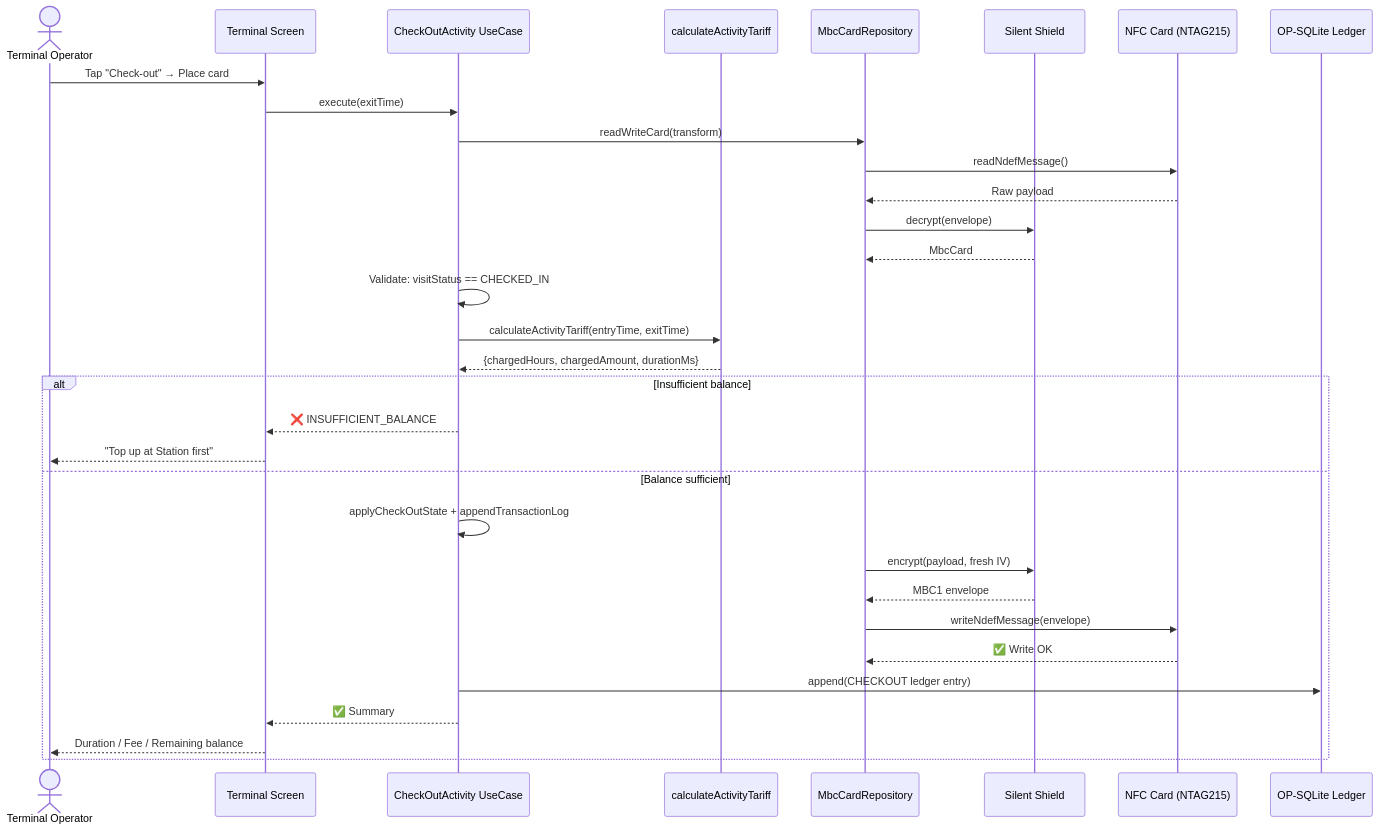
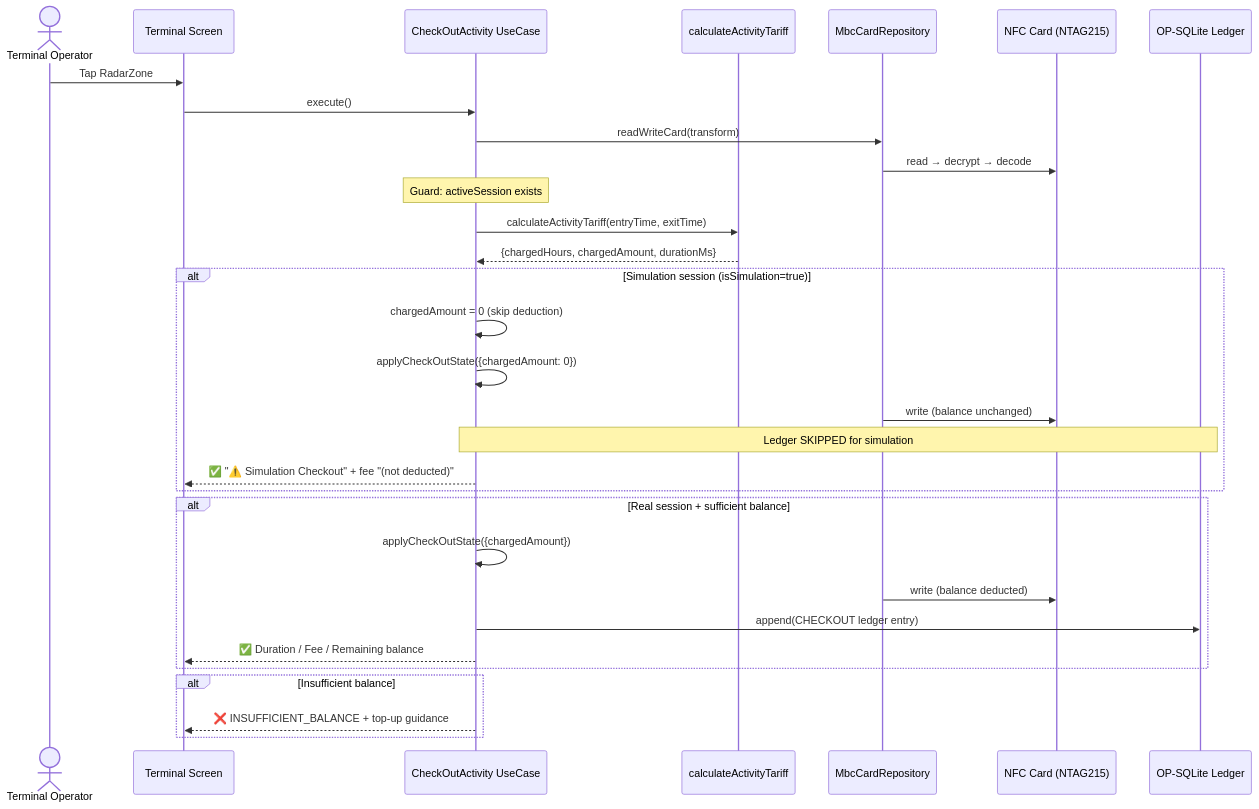
Before and after one commit to Schitzos/mbc-nfc: the sixth of 16 diagrams in docs/PRESENTATION.md, drawn with Mermaid. The commit also changed other lines of this file and 1 other file, not shown here.

````diff
--- a/docs/PRESENTATION.md
+++ b/docs/PRESENTATION.md
@@ -241,35 +284,34 @@
 ```mermaid
 sequenceDiagram
     actor Op as Terminal Operator
     participant UI as Terminal Screen
     participant UC as CheckOutActivity UseCase
     participant Tariff as calculateActivityTariff
     participant Repo as MbcCardRepository
-    participant Shield as Silent Shield
     participant Card as NFC Card (NTAG215)
     participant DB as OP-SQLite Ledger
 
-    Op->>UI: Tap "Check-out" → Place card
-    UI->>UC: execute(exitTime)
+    Op->>UI: Tap RadarZone
+    UI->>UC: execute()
     UC->>Repo: readWriteCard(transform)
-    Repo->>Card: readNdefMessage()
-    Card-->>Repo: Raw payload
-    Repo->>Shield: decrypt(envelope)
-    Shield-->>Repo: MbcCard
-    UC->>UC: Validate: visitStatus == CHECKED_IN
+    Repo->>Card: read → decrypt → decode
+    Note over UC: Guard: activeSession exists
     UC->>Tariff: calculateActivityTariff(entryTime, exitTime)
     Tariff-->>UC: {chargedHours, chargedAmount, durationMs}
+    alt Simulation session (isSimulation=true)
+        UC->>UC: chargedAmount = 0 (skip deduction)
+        UC->>UC: applyCheckOutState({chargedAmount: 0})
+        Repo->>Card: write (balance unchanged)
+        Note over UC,DB: Ledger SKIPPED for simulation
+        UC-->>UI: ✅ "⚠️ Simulation Checkout" + fee "(not deducted)"
+    end
+    alt Real session + sufficient balance
+        UC->>UC: applyCheckOutState({chargedAmount})
+        Repo->>Card: write (balance deducted)
+        UC->>DB: append(CHECKOUT ledger entry)
+        UC-->>UI: ✅ Duration / Fee / Remaining balance
+    end
     alt Insufficient balance
-        UC-->>UI: ❌ INSUFFICIENT_BALANCE
-        UI-->>Op: "Top up at Station first"
-    else Balance sufficient
-        UC->>UC: applyCheckOutState + appendTransactionLog
-        Repo->>Shield: encrypt(payload, fresh IV)
-        Shield-->>Repo: MBC1 envelope
-        Repo->>Card: writeNdefMessage(envelope)
-        Card-->>Repo: ✅ Write OK
-        UC->>DB: append(CHECKOUT ledger entry)
-        UC-->>UI: ✅ Summary
-        UI-->>Op: Duration / Fee / Remaining balance
+        UC-->>UI: ❌ INSUFFICIENT_BALANCE + top-up guidance
     end
 ```
````
